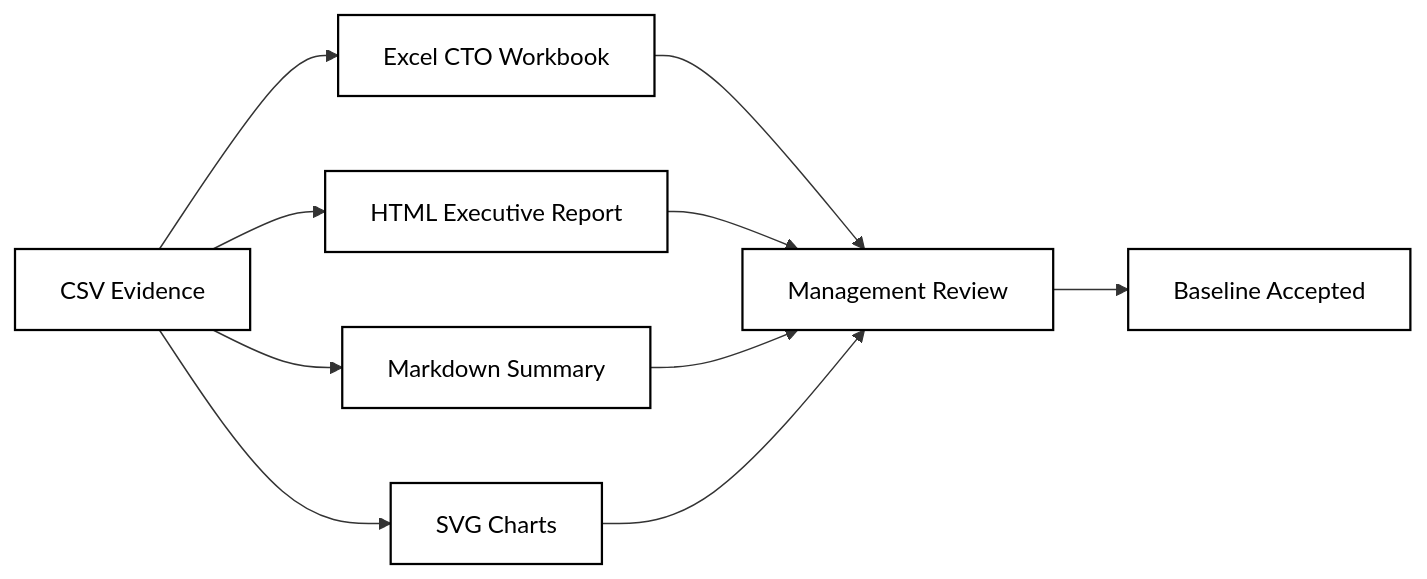
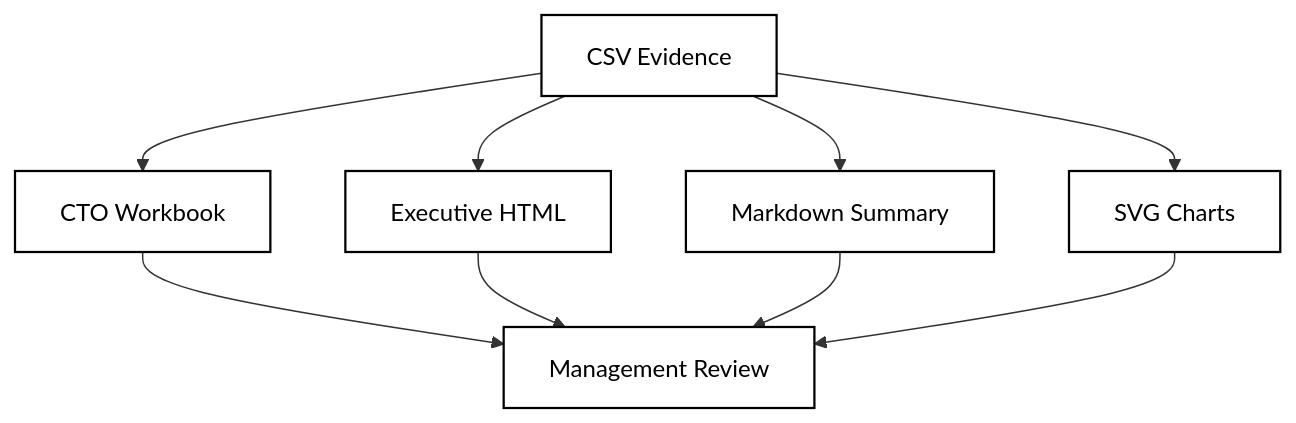
Before and after one commit to ahmadsheikhi89/ansible-managed-dc-baseline: the diagram in docs/diagrams/04-executive-deliverables-pack.md, drawn with Mermaid. The commit also changed 64 other files, not shown here.

````diff
--- a/docs/diagrams/04-executive-deliverables-pack.md
+++ b/docs/diagrams/04-executive-deliverables-pack.md
@@ -3,15 +3,14 @@
 ```mermaid
-flowchart LR
-    A["CSV Evidence"] --> B["Excel CTO Workbook"]
-    A --> C["HTML Executive Report"]
+flowchart TB
+    A["CSV Evidence"] --> B["CTO Workbook"]
+    A --> C["Executive HTML"]
     A --> D["Markdown Summary"]
     A --> E["SVG Charts"]
     B --> F["Management Review"]
     C --> F
     D --> F
     E --> F
-    F --> G["Baseline Accepted"]
 
     classDef bw fill:#ffffff,stroke:#000000,color:#000000,stroke-width:1.5px;
-    class A,B,C,D,E,F,G bw;
+    class A,B,C,D,E,F bw;
 ```
````
